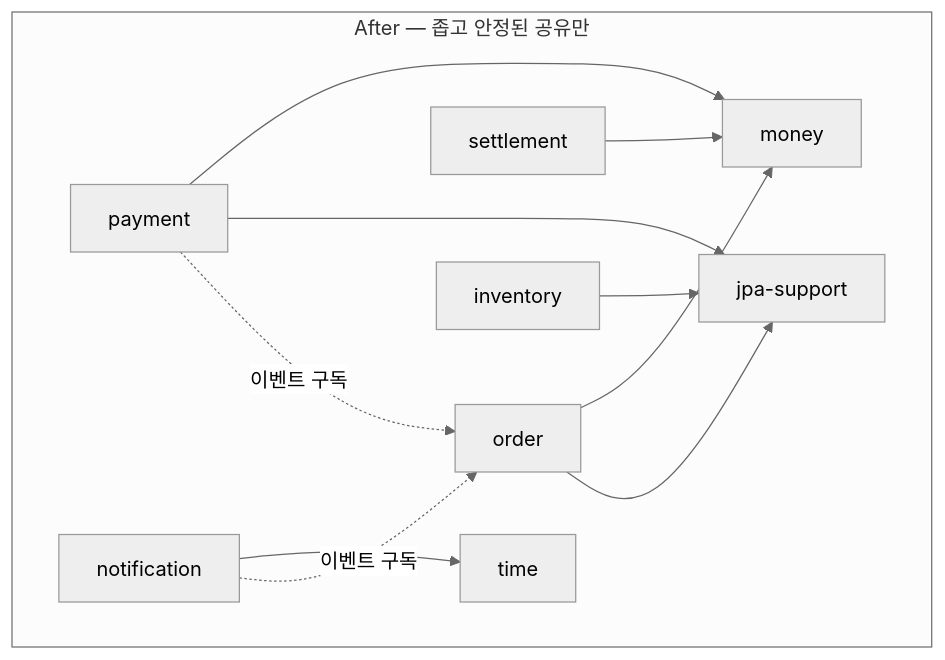
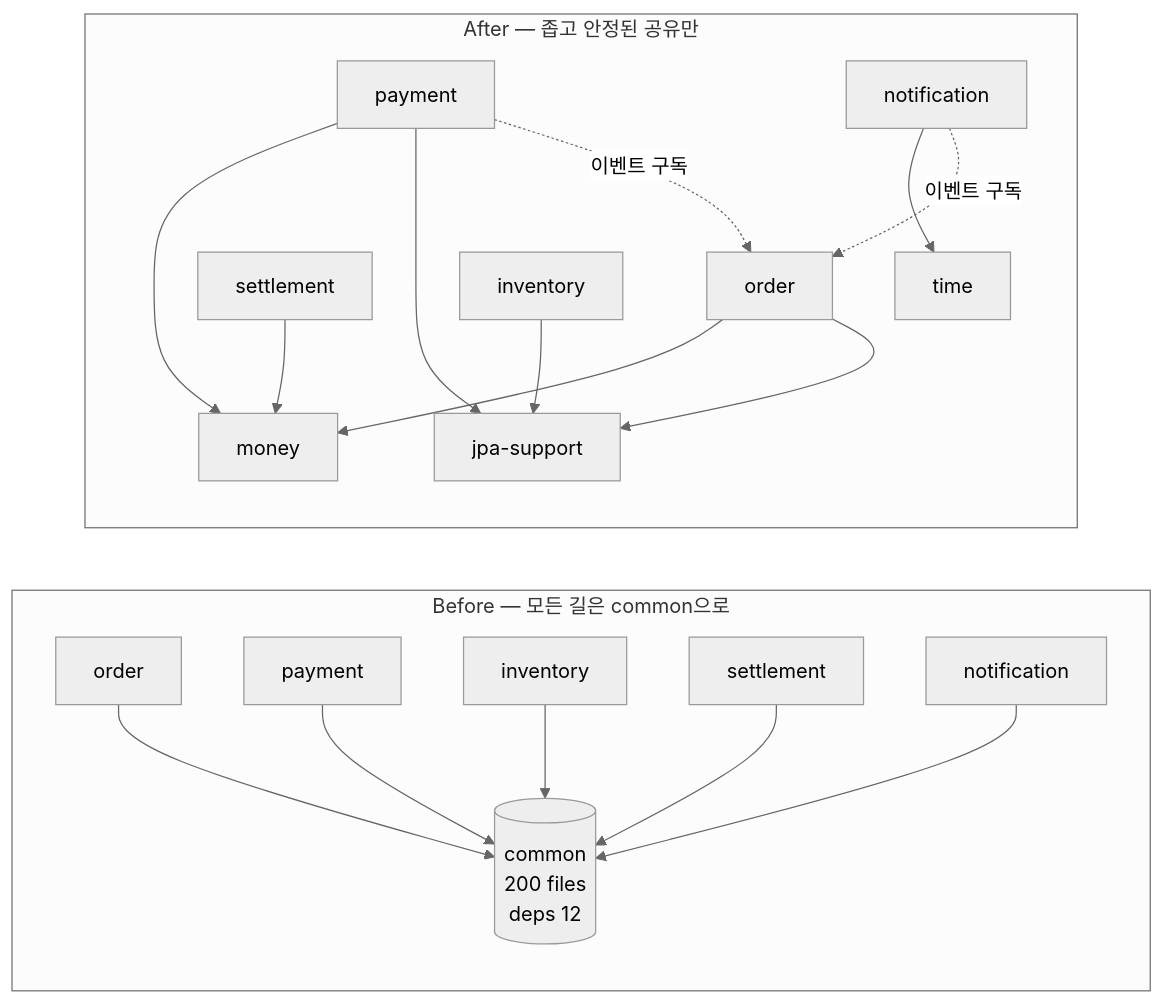
One commit to ktae23/TIL changed the second of 2 diagrams in MSA/15-common-module-antipattern.md. Above: the diagram before and after it, drawn with Mermaid (neutral theme). The commit also changed other lines of this file and 13 other files, not shown here.

````diff
--- a/MSA/15-common-module-antipattern.md
+++ b/MSA/15-common-module-antipattern.md
@@ -491,14 +407,21 @@
 ```mermaid
-flowchart TB
+flowchart LR
+    subgraph Before["Before — 모든 길은 common으로"]
+        BO[order] --> BC[(common<br/>200 files<br/>deps 12)]
+        BP[payment] --> BC
+        BI[inventory] --> BC
+        BS[settlement] --> BC
+        BN[notification] --> BC
+    end
     subgraph After["After — 좁고 안정된 공유만"]
         AO[order] --> AM[money]
         AO --> AJ[jpa-support]
         AP[payment] --> AM
         AP --> AJ
         AS[settlement] --> AM
         AN[notification] --> AT[time]
         AI[inventory] --> AJ
         AP -.->|"이벤트 구독"| AO
         AN -.->|"이벤트 구독"| AO
     end
 ```
````
